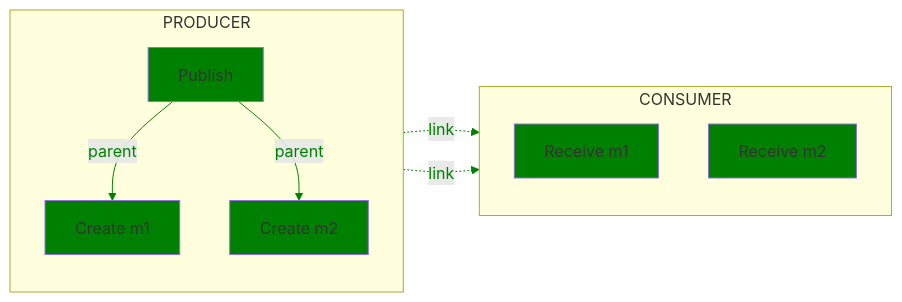
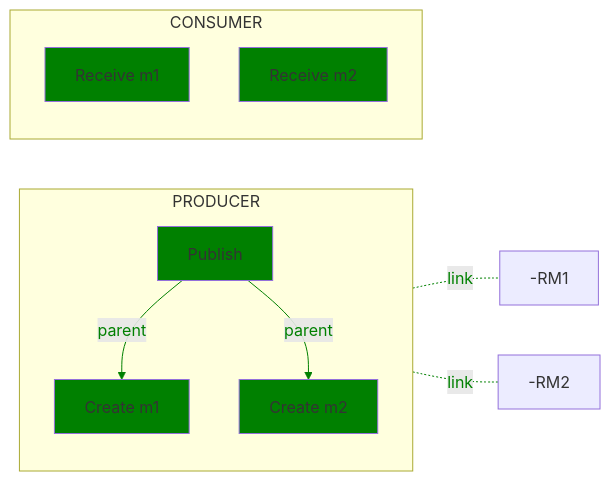
One commit to open-telemetry/oteps changed the ninth of 12 diagrams in text/trace/0220-messaging-semantic-conventions-span-structure.md. Above: the diagram before and after it, drawn with Mermaid. The commit also changed other lines of this file, not shown here.

````diff
--- a/text/trace/0220-messaging-semantic-conventions-span-structure.md
+++ b/text/trace/0220-messaging-semantic-conventions-span-structure.md
@@ -511,19 +512,19 @@
 ```mermaid
 flowchart LR;
   subgraph PRODUCER
   direction TB
   P[Publish]-- parent -->CM1[Create m1]
   P-- parent -->CM2[Create m2]
   end
   subgraph CONSUMER
   direction TB
   RM1[Receive m1]
   RM2[Receive m2]
   end
-  CM1-. link .->RM1;
-  CM2-. link .->RM2;
+  CM1-. link .--RM1;
+  CM2-. link .--RM2;
 
   classDef normal fill:green
   class P,CM1,CM2,RM1,RM2 normal
   linkStyle 0,1,2,3 color:green,stroke:green
 ```
````
